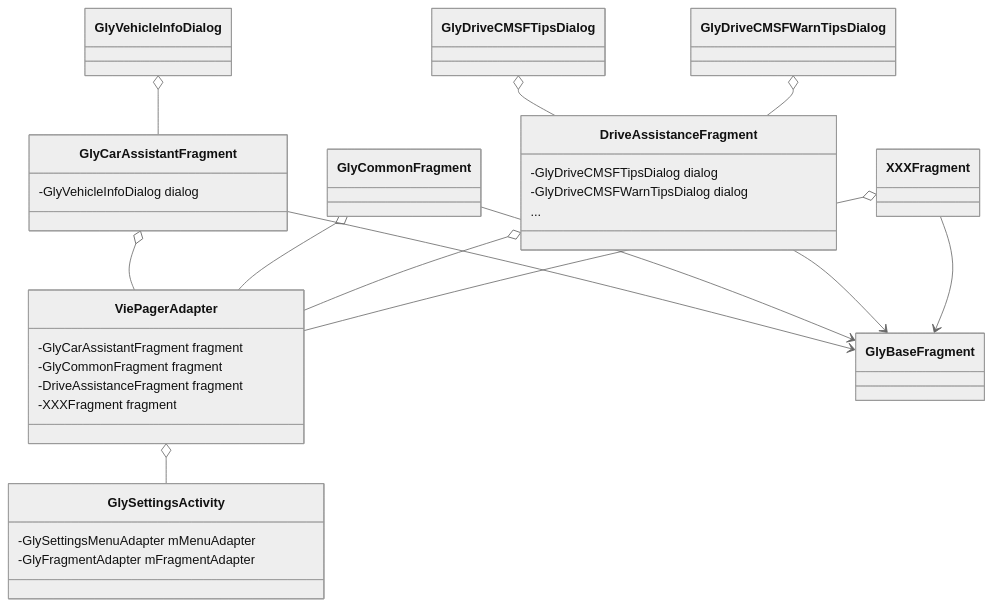
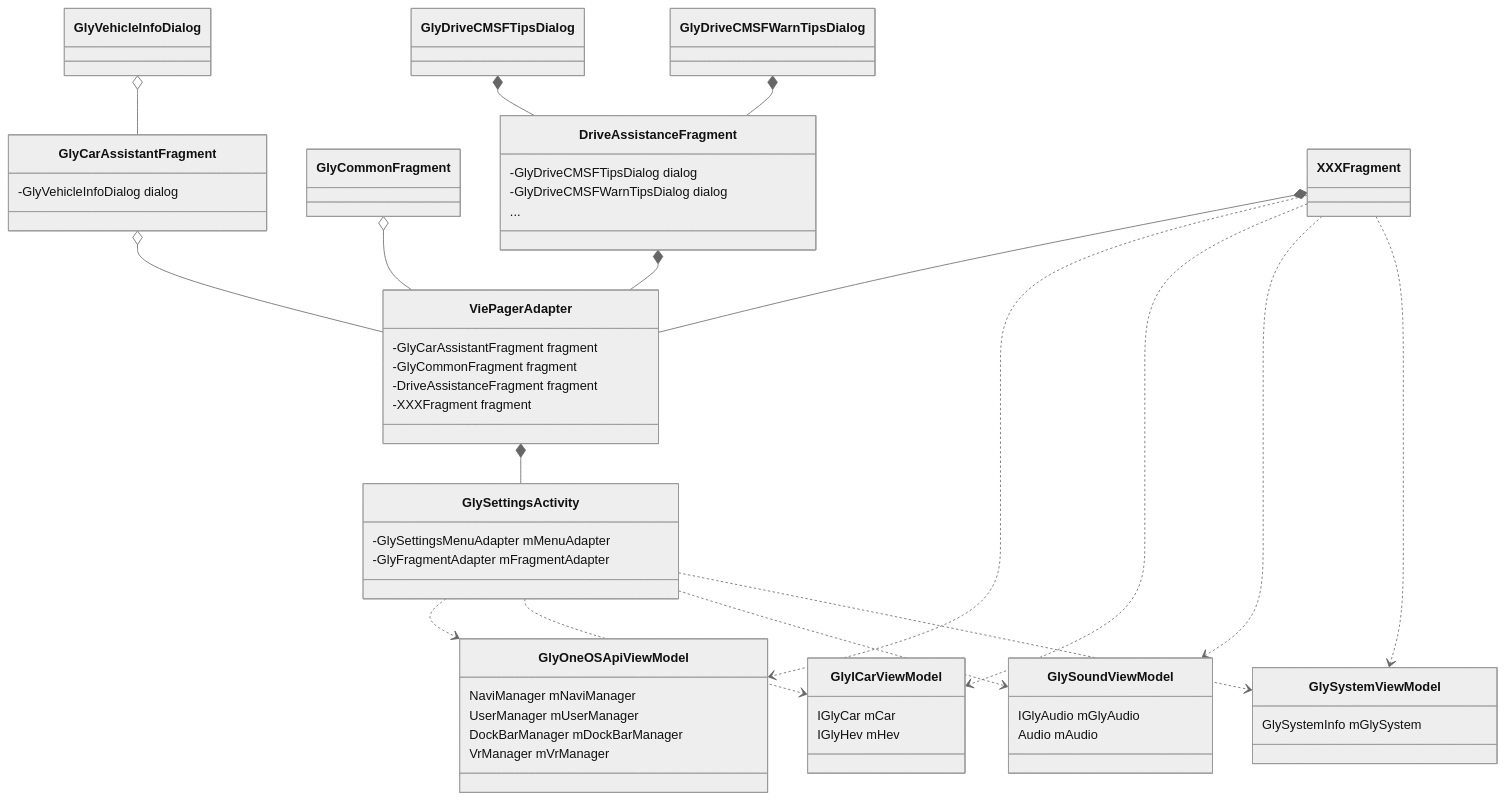
The first of 2 diagrams in First/UML/OneOSSettings/UML.md (AbyssWXK/ObsidianNote), drawn with Mermaid (neutral theme) before and after one commit. The commit also changed other lines of this file and 1 other file, not shown here.

Commit message:
vault backup: 2023-12-26 16:39:45

````diff
--- a/First/UML/OneOSSettings/UML.md
+++ b/First/UML/OneOSSettings/UML.md
@@ -1,39 +1,65 @@
 ```mermaid
 classDiagram
+class GlyICarViewModel{
+ IGlyCar mCar
+ IGlyHev mHev
+}
+class GlyOneOSApiViewModel{
+ NaviManager mNaviManager
+ UserManager mUserManager
+ DockBarManager mDockBarManager
+ VrManager mVrManager
+}
+class GlySoundViewModel{
+ IGlyAudio mGlyAudio
+ Audio mAudio
+}
+class GlySystemViewModel{
+ GlySystemInfo mGlySystem
+}
+
 class GlySettingsActivity{
     -GlySettingsMenuAdapter mMenuAdapter
     -GlyFragmentAdapter mFragmentAdapter
 }
 class ViePagerAdapter{
 -GlyCarAssistantFragment fragment
 -GlyCommonFragment fragment
 -DriveAssistanceFragment fragment
 -XXXFragment fragment
 }
-class GlyBaseFragment
 class GlyCarAssistantFragment{
  -GlyVehicleInfoDialog dialog
 }
 class GlyVehicleInfoDialog
 GlyVehicleInfoDialog o-- GlyCarAssistantFragment
 GlyCarAssistantFragment o-- ViePagerAdapter
 class GlyCommonFragment
 GlyCommonFragment o-- ViePagerAdapter
 class DriveAssistanceFragment{
  -GlyDriveCMSFTipsDialog dialog 
  -GlyDriveCMSFWarnTipsDialog dialog 
  ...
 }
 class GlyDriveCMSFTipsDialog
-GlyDriveCMSFTipsDialog o-- DriveAssistanceFragment
+GlyDriveCMSFTipsDialog *-- DriveAssistanceFragment
 class GlyDriveCMSFWarnTipsDialog
-GlyDriveCMSFWarnTipsDialog o-- DriveAssistanceFragment
-DriveAssistanceFragment o-- ViePagerAdapter
+GlyDriveCMSFWarnTipsDialog *-- DriveAssistanceFragment
+DriveAssistanceFragment *-- ViePagerAdapter
 class XXXFragment
-XXXFragment o-- ViePagerAdapter
-GlyCarAssistantFragment --> GlyBaseFragment
-GlyCommonFragment --> GlyBaseFragment
-DriveAssistanceFragment --> GlyBaseFragment
-XXXFragment --> GlyBaseFragment
-ViePagerAdapter o-- GlySettingsActivity
+XXXFragment *-- ViePagerAdapter
+ViePagerAdapter *-- GlySettingsActivity
+
+GlySettingsActivity ..> GlyOneOSApiViewModel
+GlySettingsActivity ..> GlyICarViewModel
+GlySettingsActivity ..> GlySoundViewModel
+GlySettingsActivity ..> GlySystemViewModel
+
+XXXFragment ..> GlyOneOSApiViewModel
+XXXFragment ..> GlyICarViewModel
+XXXFragment ..> GlySoundViewModel
+XXXFragment ..> GlySystemViewModel
+
+
+
 ```
````
